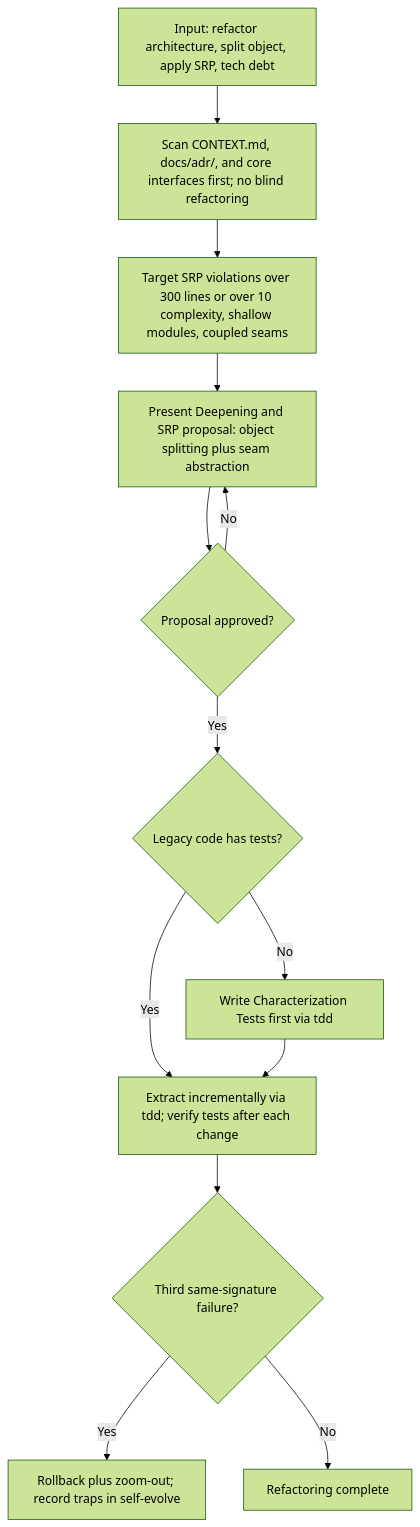
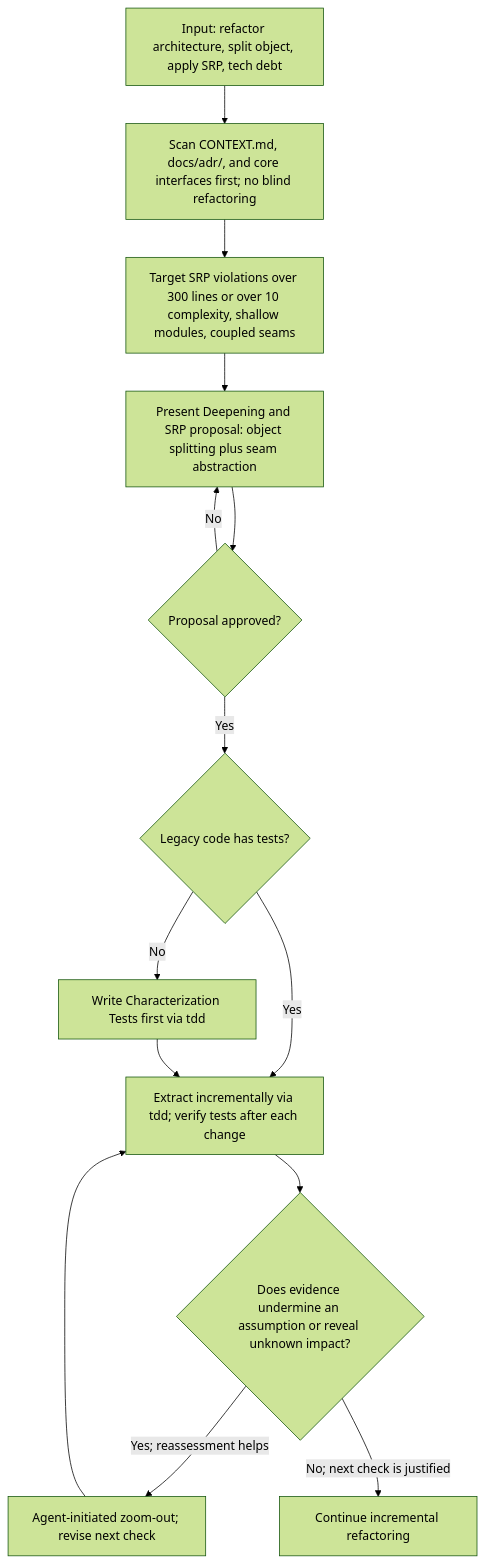
One commit to dyphn1/Harness-everything changed the first of 3 diagrams in docs/workflows/improve-codebase-architecture.md. Above: the diagram before and after it, drawn with Mermaid (forest theme). The commit also changed other lines of this file and 17 other files, not shown here.

First line of the commit message:
docs(zoom-out): describe agent-initiated zoom-out in active docs

````diff
--- a/docs/workflows/improve-codebase-architecture.md
+++ b/docs/workflows/improve-codebase-architecture.md
@@ -9,15 +9,16 @@
 ```mermaid
 graph TD
   RefactorAsk["Input: refactor architecture, split object, apply SRP, tech debt"] --> DiscoverScan["Scan CONTEXT.md, docs/adr/, and core interfaces first; no blind refactoring"]
   DiscoverScan --> FindTargets["Target SRP violations over 300 lines or over 10 complexity, shallow modules, coupled seams"]
   FindTargets --> Proposal["Present Deepening and SRP proposal: object splitting plus seam abstraction"]
   Proposal --> Approved{"Proposal approved?"}
   Approved -->|No| Proposal
   Approved -->|Yes| SafetyNet{"Legacy code has tests?"}
   SafetyNet -->|No| CharTests["Write Characterization Tests first via tdd"]
   SafetyNet -->|Yes| Extract["Extract incrementally via tdd; verify tests after each change"]
   CharTests --> Extract
-  Extract --> ErrorCheck{"Third same-signature failure?"}
-  ErrorCheck -->|Yes| Rollback["Rollback plus zoom-out; record traps in self-evolve"]
-  ErrorCheck -->|No| DoneState["Refactoring complete"]
+  Extract --> ErrorCheck{"Does evidence undermine an assumption or reveal unknown impact?"}
+  ErrorCheck -->|Yes; reassessment helps| Reassess["Agent-initiated zoom-out; revise next check"]
+  ErrorCheck -->|No; next check is justified| DoneState["Continue incremental refactoring"]
+  Reassess --> Extract
 ```
````
